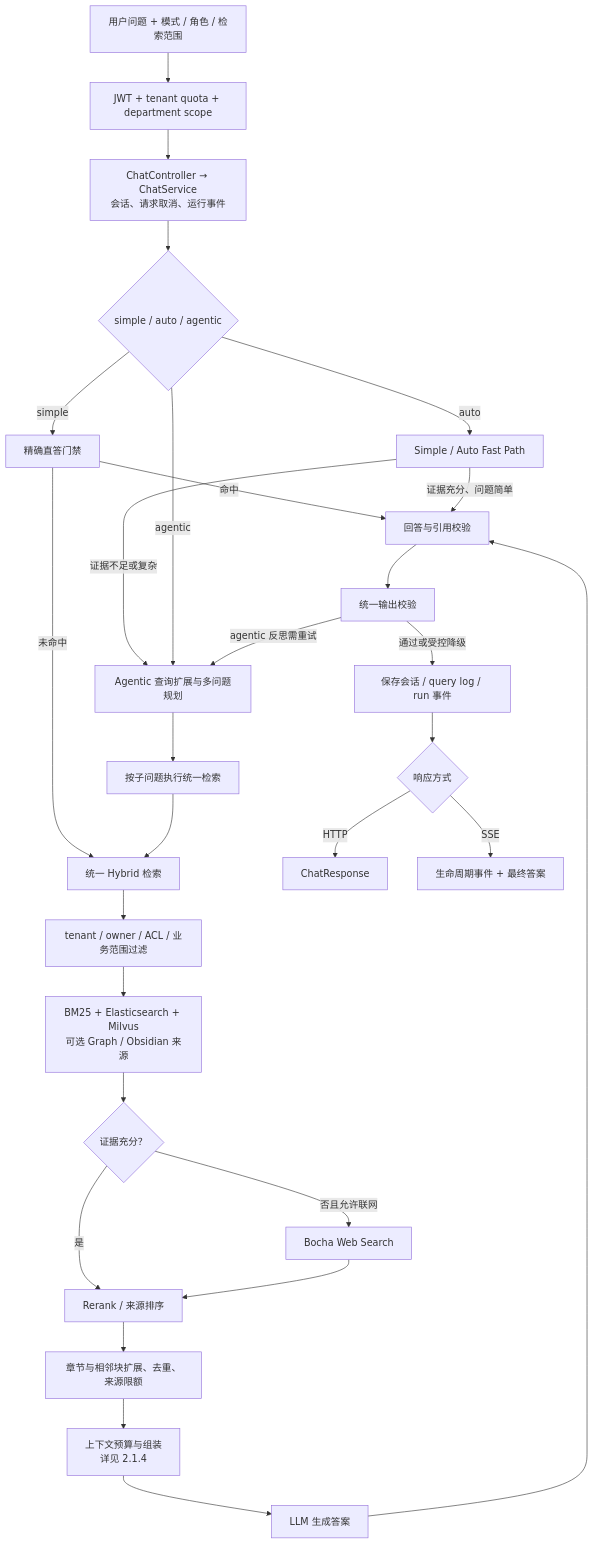
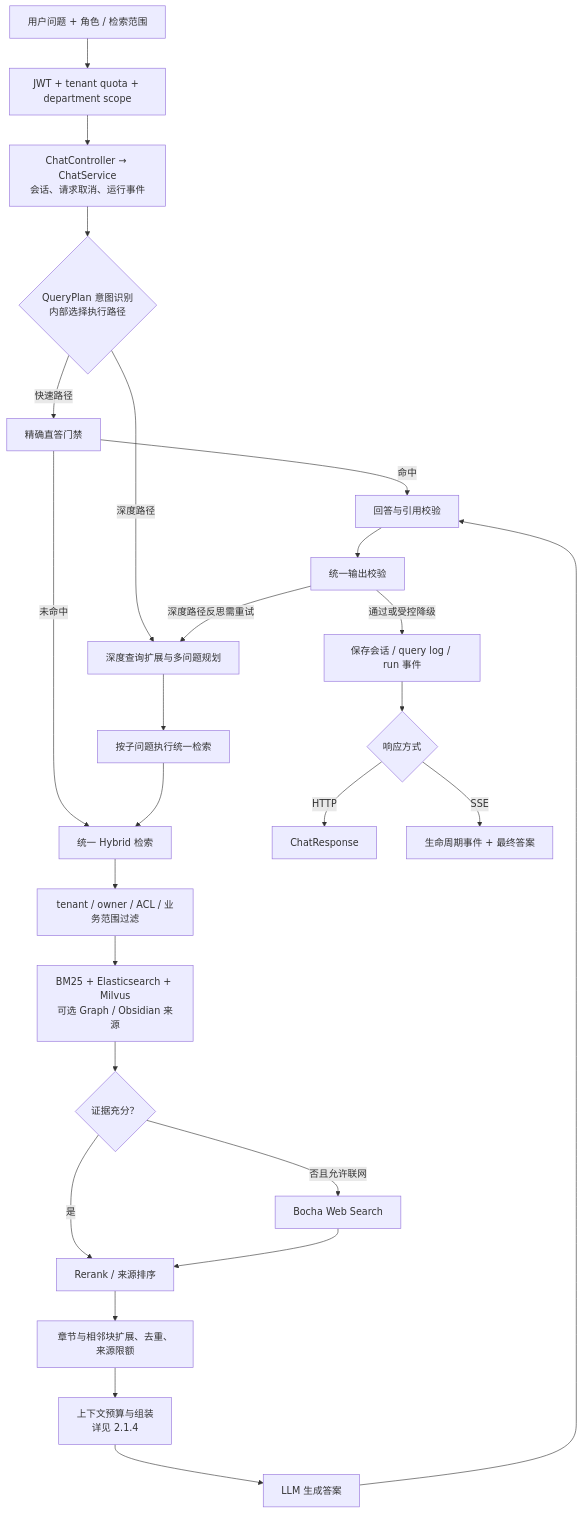
Before and after one commit to monstereatai/RAG: the third of 8 diagrams in docs/architecture/ARCHITECTURE.md, drawn with Mermaid. The commit also changed other lines of this file and 1983 other files, not shown here.

````diff
--- a/docs/architecture/ARCHITECTURE.md
+++ b/docs/architecture/ARCHITECTURE.md
@@ -186,35 +186,31 @@
 ```mermaid
 flowchart TB
-  UserQ["用户问题 + 模式 / 角色 / 检索范围"] --> Auth["JWT + tenant quota + department scope"]
+  UserQ["用户问题 + 角色 / 检索范围"] --> Auth["JWT + tenant quota + department scope"]
   Auth --> Chat["ChatController → ChatService<br/>会话、请求取消、运行事件"]
-  Chat --> Router{"simple / auto / agentic"}
+  Chat --> Router{"QueryPlan 意图识别<br/>内部选择执行路径"}
 
-  Router -->|simple| SimpleGate["精确直答门禁"]
+  Router -->|快速路径| SimpleGate["精确直答门禁"]
   SimpleGate -->|命中| Validate["回答与引用校验"]
   SimpleGate -->|未命中| Retrieve["统一 Hybrid 检索"]
 
-  Router -->|auto| Fast["Simple / Auto Fast Path"]
-  Fast -->|证据充分、问题简单| Validate
-  Fast -->|证据不足或复杂| Plan["Agentic 查询扩展与多问题规划"]
-
-  Router -->|agentic| Plan
+  Router -->|深度路径| Plan["深度查询扩展与多问题规划"]
   Plan --> PerQuery["按子问题执行统一检索"]
   PerQuery --> Retrieve
 
   Retrieve --> ACL["tenant / owner / ACL / 业务范围过滤"]
   ACL --> Sources["BM25 + Elasticsearch + Milvus<br/>可选 Graph / Obsidian 来源"]
   Sources --> Sufficiency{"证据充分？"}
   Sufficiency -->|否且允许联网| Web["Bocha Web Search"]
   Sufficiency -->|是| Rank["Rerank / 来源排序"]
   Web --> Rank
   Rank --> Expand["章节与相邻块扩展、去重、来源限额"]
   Expand --> Context["上下文预算与组装<br/>详见 2.1.4"]
   Context --> Generate["LLM 生成答案"]
   Validate --> Final["统一输出校验"]
   Generate --> Validate
-  Final -->|agentic 反思需重试| Plan
+  Final -->|深度路径反思需重试| Plan
   Final -->|通过或受控降级| Persist["保存会话 / query log / run 事件"]
   Persist --> Transport{"响应方式"}
   Transport -->|HTTP| Response["ChatResponse"]
   Transport -->|SSE| Stream["生命周期事件 + 最终答案"]
 ```
````
